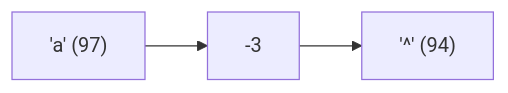
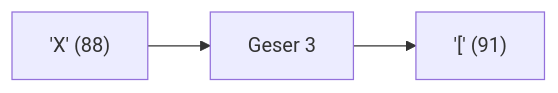
Before and after one commit to amnahwaida/OSNK_INF_PREP: the fifth of 25 diagrams in part-c-pemahaman-cpp/01-tipe-data/latihan/set-03.md, drawn with Mermaid. The commit also changed other lines of this file and 71 other files, not shown here.

````diff
--- a/part-c-pemahaman-cpp/01-tipe-data/latihan/set-03.md
+++ b/part-c-pemahaman-cpp/01-tipe-data/latihan/set-03.md
@@ -130,5 +135,5 @@
 ```mermaid
 graph LR
-A["'a' (97)"] --> B["-3"]
-B --> C["'^' (94)"]
+A["'X' (88)"] --> B["Geser 3"]
+B --> C["'[' (91)"]
 ```
````
